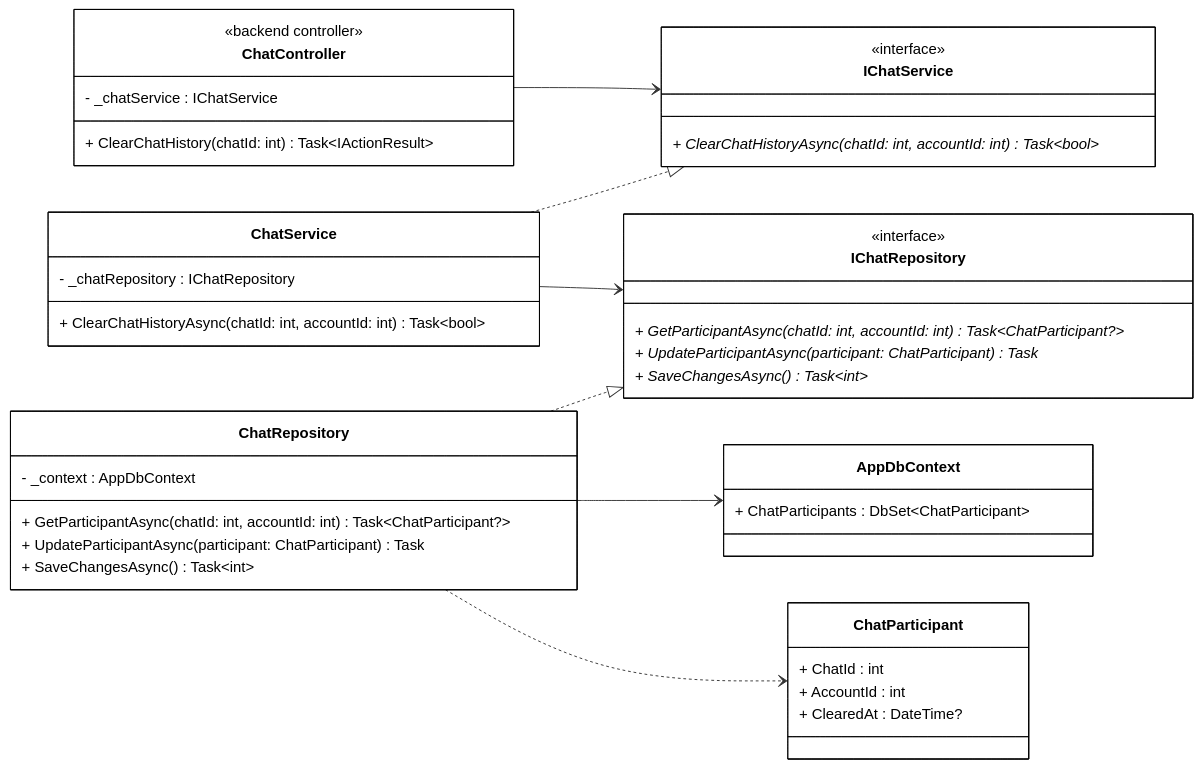
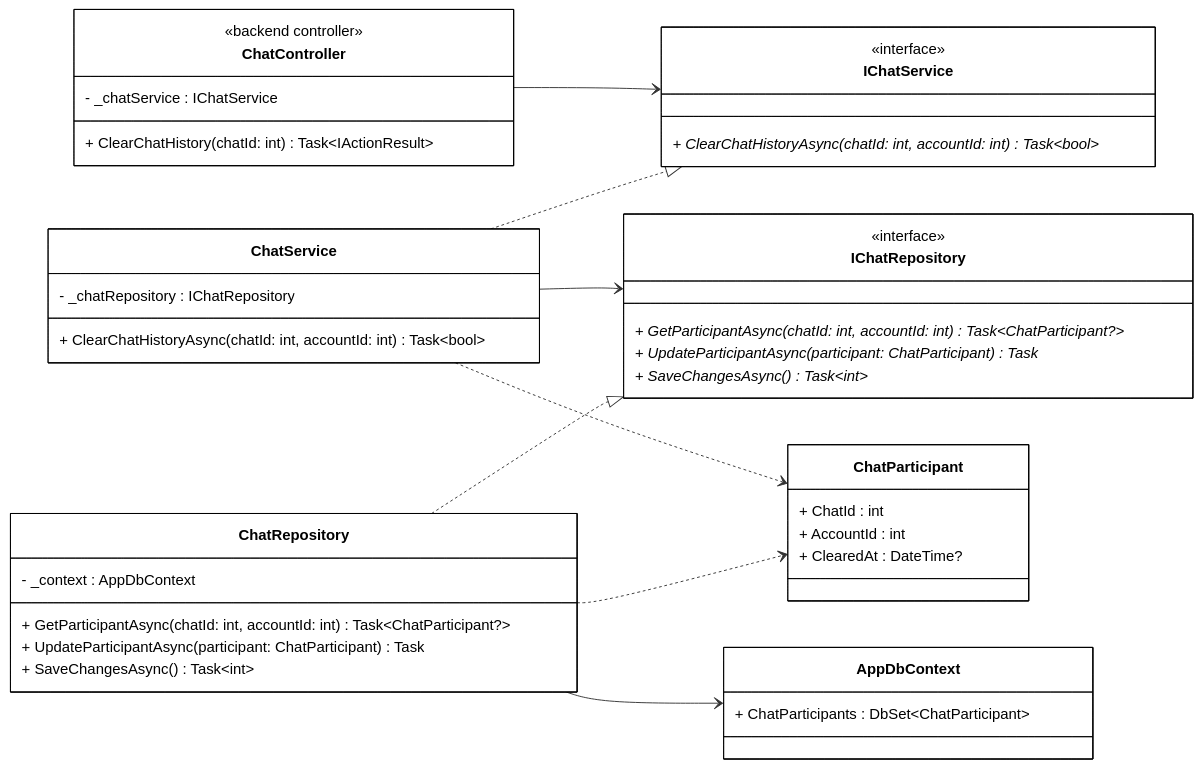
The diagram in diagrams/class_mermaid/chat/cls_mm_delete_chats.mmd (1000do/Linked), drawn with Mermaid before and after one commit. The commit also changed 29 other files, not shown here.

Commit message:
docs: add comprehensive mermaid class diagrams for core system features and update admin layout view

```diff
--- a/diagrams/class_mermaid/chat/cls_mm_delete_chats.mmd
+++ b/diagrams/class_mermaid/chat/cls_mm_delete_chats.mmd
@@ -1,74 +1,75 @@
 classDiagram
 direction LR
 
 %% ==================== BACKEND - CONTROLLER ====================
 
 class ChatControllerBE["ChatController"] {
     <<backend controller>>
     - _chatService : IChatService
     + ClearChatHistory(chatId: int) Task~IActionResult~
 }
 
 %% ==================== BACKEND - DOMAIN ENTITIES ====================
 
 class ChatParticipant {
     + ChatId : int
     + AccountId : int
     + ClearedAt : DateTime?
 }
 
 %% ==================== BACKEND - SERVICE INTERFACES ====================
 
 class IChatService {
     <<interface>>
     + ClearChatHistoryAsync(chatId: int, accountId: int) Task~bool~ *
 }
 
 %% ==================== BACKEND - REPOSITORY INTERFACES ====================
 
 class IChatRepository {
     <<interface>>
     + GetParticipantAsync(chatId: int, accountId: int) Task~ChatParticipant?~ *
     + UpdateParticipantAsync(participant: ChatParticipant) Task *
     + SaveChangesAsync() Task~int~ *
 }
 
 %% ==================== BACKEND - SERVICE IMPLEMENTATION ====================
 
 class ChatService {
     - _chatRepository : IChatRepository
     + ClearChatHistoryAsync(chatId: int, accountId: int) Task~bool~
 }
 
 %% ==================== BACKEND - REPOSITORY IMPLEMENTATION ====================
 
 class ChatRepository {
     - _context : AppDbContext
     + GetParticipantAsync(chatId: int, accountId: int) Task~ChatParticipant?~
     + UpdateParticipantAsync(participant: ChatParticipant) Task
     + SaveChangesAsync() Task~int~
 }
 
 %% ==================== BACKEND - DbContext ====================
 
 class AppDbContext {
     + ChatParticipants : DbSet~ChatParticipant~
 }
 
 %% ==================== RELATIONSHIPS ====================
 
 %% === UNIDIRECTIONAL ASSOCIATION ===
 ChatControllerBE --> IChatService
 ChatService --> IChatRepository
 ChatRepository --> AppDbContext
 
 %% === INTERFACE REALIZATION ===
 ChatService ..|> IChatService
 ChatRepository ..|> IChatRepository
 
 %% === DEPENDENCY ===
+ChatService ..> ChatParticipant
 ChatRepository ..> ChatParticipant
 
 %% ==================== STYLES ====================
 
 classDef default fill:#FFFFFF,stroke:#000000,stroke-width:1px,color:#000000
```
